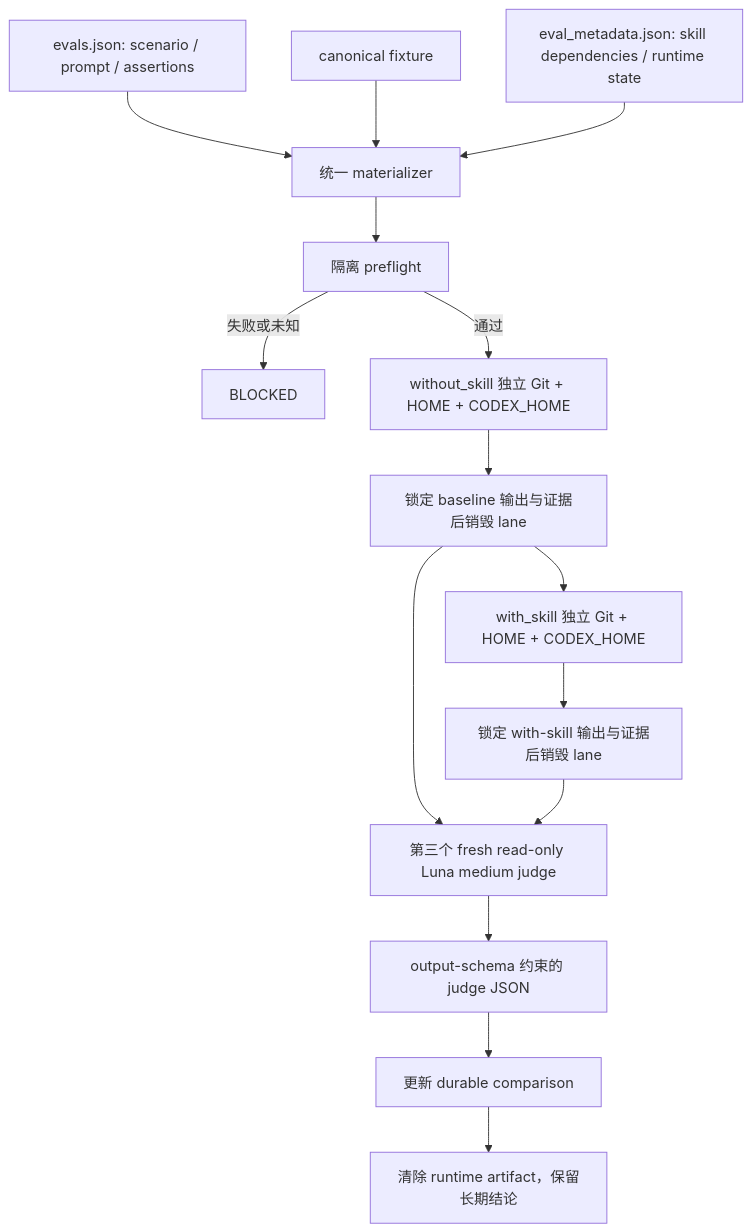
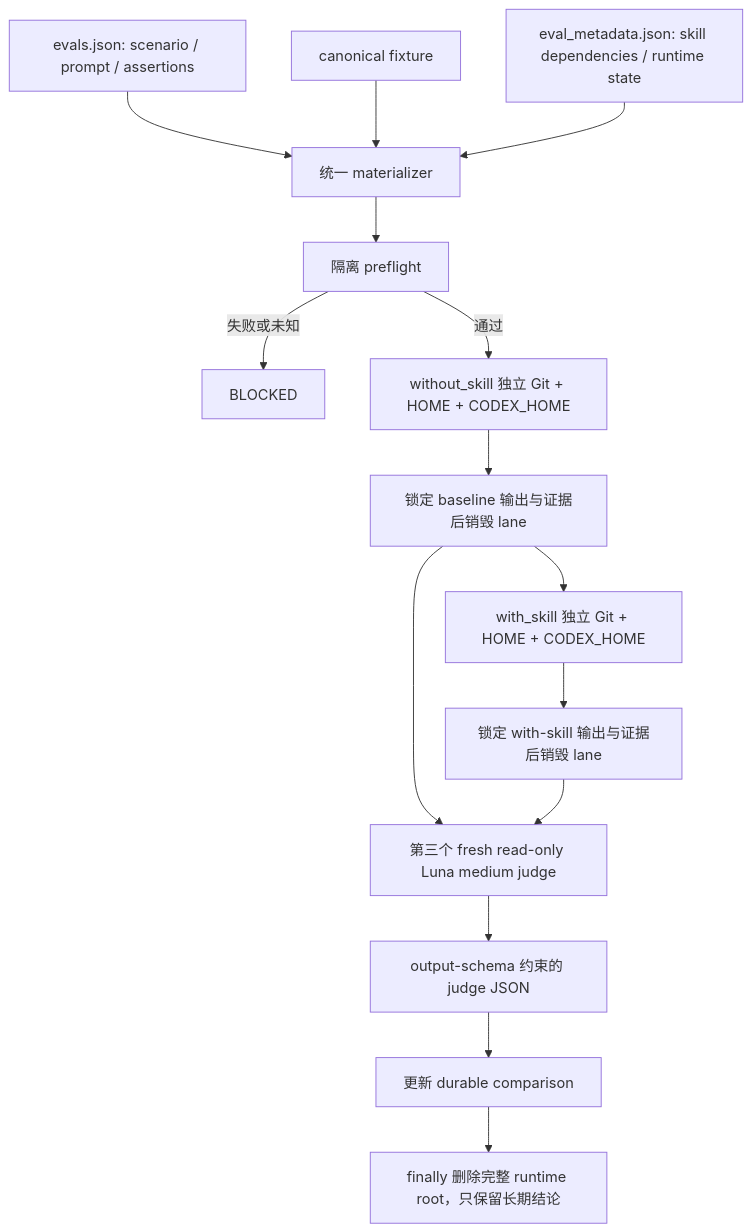
One commit to Neplich/dev-agent-skills changed the diagram in docs/engineer/repository-governance/eval-scenario-isolation/TRD.md. Above: the diagram before and after it, drawn with Mermaid. The commit also changed other lines of this file and 48 other files, not shown here.

````diff
--- a/docs/engineer/repository-governance/eval-scenario-isolation/TRD.md
+++ b/docs/engineer/repository-governance/eval-scenario-isolation/TRD.md
@@ -94,17 +102,17 @@
 ```mermaid
 flowchart TD
     D["evals.json: scenario / prompt / assertions"] --> M["统一 materializer"]
     F["canonical fixture"] --> M
     MD["eval_metadata.json: skill dependencies / runtime state"] --> M
     M --> P["隔离 preflight"]
     P -->|"失败或未知"| B["BLOCKED"]
     P -->|"通过"| W0["without_skill 独立 Git + HOME + CODEX_HOME"]
     W0 --> O0["锁定 baseline 输出与证据后销毁 lane"]
     O0 --> W1["with_skill 独立 Git + HOME + CODEX_HOME"]
     W1 --> O1["锁定 with-skill 输出与证据后销毁 lane"]
     O0 --> J["第三个 fresh read-only Luna medium judge"]
     O1 --> J
     J --> S["output-schema 约束的 judge JSON"]
     S --> C["更新 durable comparison"]
-    C --> A["清除 runtime artifact，保留长期结论"]
+    C --> A["finally 删除完整 runtime root，只保留长期结论"]
 ```
````
